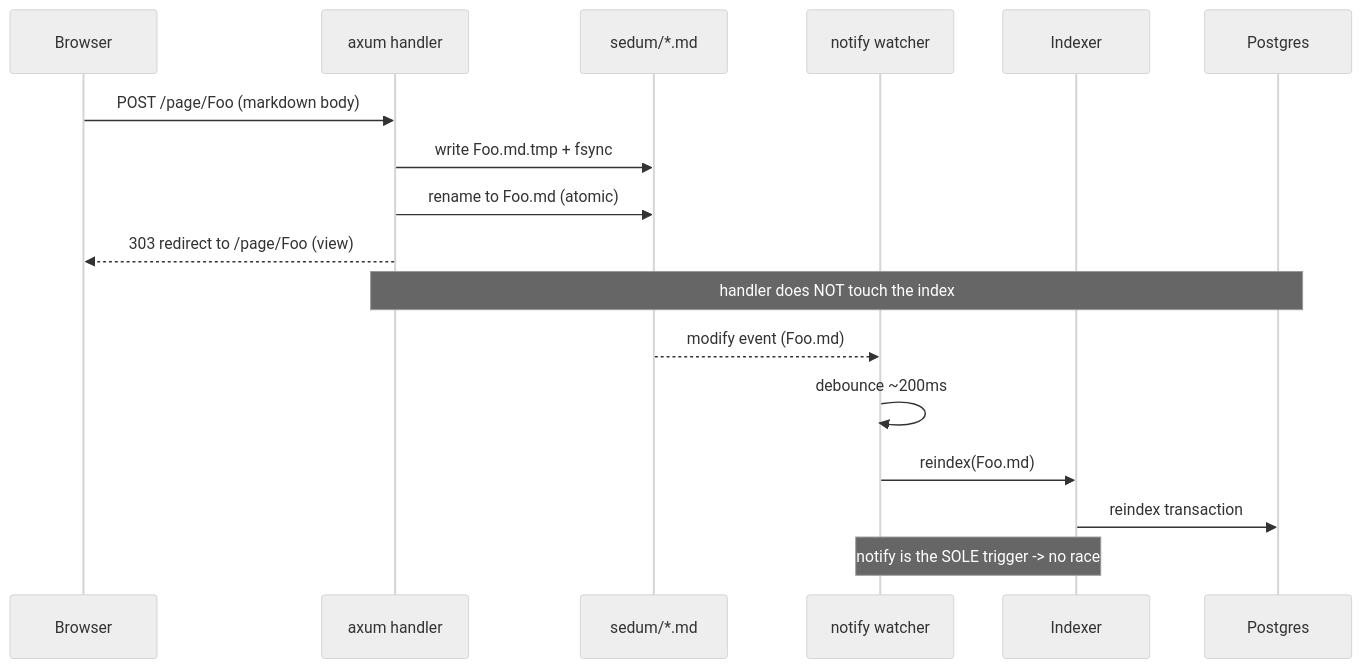
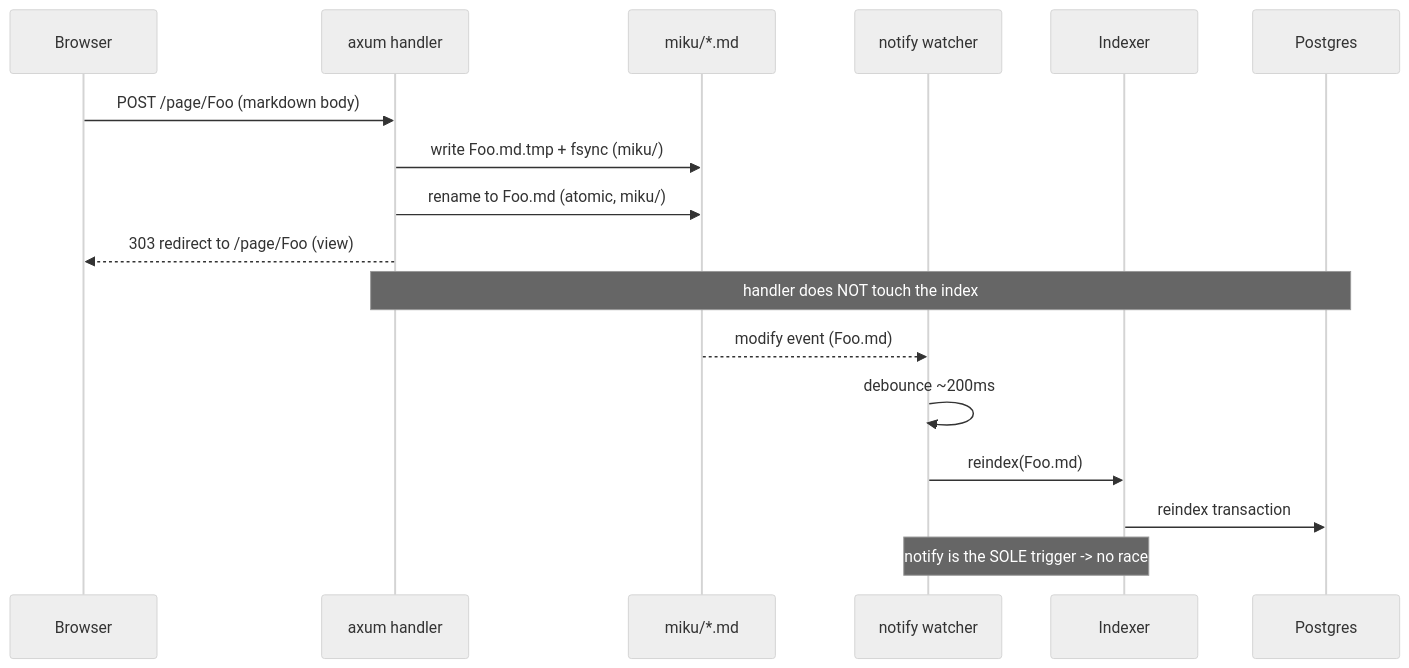
Before and after one commit to azusachino/sedum: the third of 7 diagrams in docs/dataflow.md, drawn with Mermaid (neutral theme). The commit also changed other lines of this file and 27 other files, not shown here.

First line of the commit message:
docs: rebrand sedum -> miku across docs and instructions

````diff
--- a/docs/dataflow.md
+++ b/docs/dataflow.md
@@ -59,20 +59,20 @@
 ```mermaid
 sequenceDiagram
   participant B as Browser
   participant H as axum handler
-  participant FS as sedum/*.md
+  participant FS as miku/*.md
   participant W as notify watcher
   participant I as Indexer
   participant PG as Postgres
 
   B->>H: POST /page/Foo (markdown body)
-  H->>FS: write Foo.md.tmp + fsync
-  H->>FS: rename to Foo.md (atomic)
+  H->>FS: write Foo.md.tmp + fsync (miku/)
+  H->>FS: rename to Foo.md (atomic, miku/)
   H-->>B: 303 redirect to /page/Foo (view)
   Note over H,PG: handler does NOT touch the index
   FS-->>W: modify event (Foo.md)
   W->>W: debounce ~200ms
   W->>I: reindex(Foo.md)
   I->>PG: reindex transaction
   Note over W,I: notify is the SOLE trigger -> no race
 ```
````
